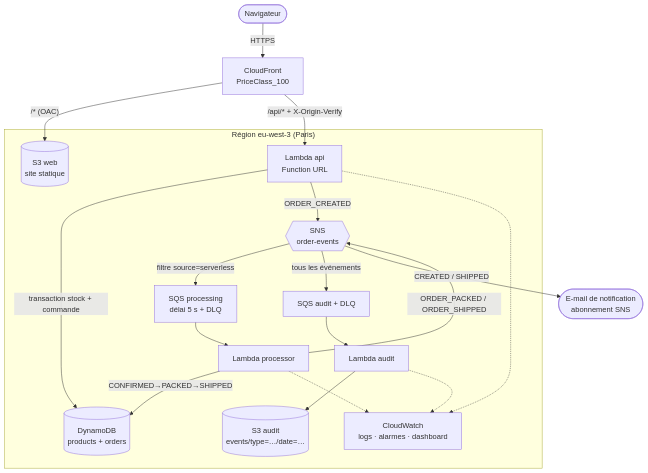
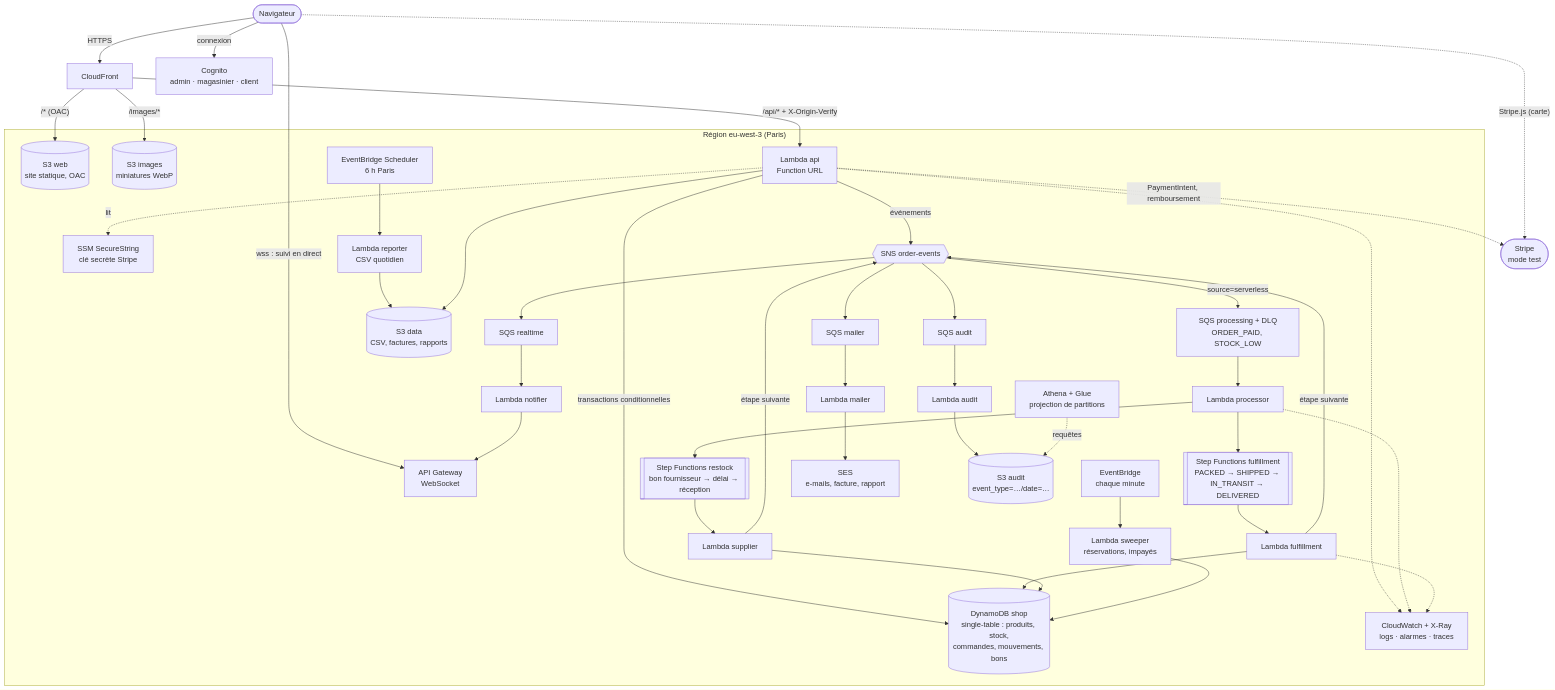
One commit to Baptiste1202/aws_project changed the diagram in docs/architecture/serverless.mmd. Above: the diagram before and after it, drawn with Mermaid. The commit also changed 151 other files, not shown here.

First line of the commit message:
Fonctionnalités complètes des trois solutions : stock, comptes, paiement Stripe, livraison, retours, pilotage, tests et rapport final

```diff
--- a/docs/architecture/serverless.mmd
+++ b/docs/architecture/serverless.mmd
@@ -1,25 +1,46 @@
 flowchart TB
-  user([Navigateur]) -- HTTPS --> cf[CloudFront<br/>PriceClass_100]
+  user([Navigateur]) -- HTTPS --> cf[CloudFront]
+  user -. "Stripe.js (carte)" .-> stripe([Stripe<br/>mode test])
+  user -- "wss : suivi en direct" --> ws[API Gateway<br/>WebSocket]
+  user -- "connexion" --> cognito[Cognito<br/>admin · magasinier · client]
   subgraph region["Région eu-west-3 (Paris)"]
-    s3web[(S3 web<br/>site statique)]
+    s3web[(S3 web<br/>site statique, OAC)]
+    s3img[(S3 images<br/>miniatures WebP)]
     api[Lambda api<br/>Function URL]
-    ddb[(DynamoDB<br/>products + orders)]
-    sns{{SNS<br/>order-events}}
-    q1[SQS processing<br/>délai 5 s + DLQ]
-    q2[SQS audit + DLQ]
+    ddb[(DynamoDB shop<br/>single-table : produits, stock,<br/>commandes, mouvements, bons)]
+    ssm[SSM SecureString<br/>clé secrète Stripe]
+    sns{{SNS order-events}}
+    qproc[SQS processing + DLQ<br/>ORDER_PAID, STOCK_LOW]
     proc[Lambda processor]
-    aud[Lambda audit]
-    s3audit[(S3 audit<br/>events/type=…/date=…)]
-    cw[CloudWatch<br/>logs · alarmes · dashboard]
+    sfn1[[Step Functions fulfillment<br/>PACKED → SHIPPED → IN_TRANSIT → DELIVERED]]
+    sfn2[[Step Functions restock<br/>bon fournisseur → délai → réception]]
+    ful[Lambda fulfillment]
+    sup[Lambda supplier]
+    sweep[Lambda sweeper<br/>réservations, impayés]
+    eb[EventBridge<br/>chaque minute]
+    sched[EventBridge Scheduler<br/>6 h Paris]
+    rep[Lambda reporter<br/>CSV quotidien]
+    s3data[(S3 data<br/>CSV, factures, rapports)]
+    qmail[SQS mailer] --> mailer[Lambda mailer] --> ses[SES<br/>e-mails, facture, rapport]
+    qrt[SQS realtime] --> notif[Lambda notifier] --> ws
+    qaud[SQS audit] --> aud[Lambda audit] --> s3audit[(S3 audit<br/>event_type=…/date=…)]
+    athena[Athena + Glue<br/>projection de partitions]
+    obs[CloudWatch + X-Ray<br/>logs · alarmes · traces]
   end
-  mail([E-mail de notification<br/>abonnement SNS])
   cf -- "/* (OAC)" --> s3web
+  cf -- "/images/*" --> s3img
   cf -- "/api/* + X-Origin-Verify" --> api
-  api -- "transaction stock + commande" --> ddb
-  api -- ORDER_CREATED --> sns
-  sns -- "filtre source=serverless" --> q1 --> proc
-  proc -- "CONFIRMED→PACKED→SHIPPED" --> ddb
-  proc -- "ORDER_PACKED / ORDER_SHIPPED" --> sns
-  sns -- "tous les événements" --> q2 --> aud --> s3audit
-  sns -- "CREATED / SHIPPED" --> mail
-  api & proc & aud -.-> cw
+  api -- "transactions conditionnelles" --> ddb
+  api -. "PaymentIntent, remboursement" .-> stripe
+  api -. lit .-> ssm
+  api -- événements --> sns
+  sns -- "source=serverless" --> qproc --> proc
+  proc --> sfn1 --> ful --> ddb
+  proc --> sfn2 --> sup --> ddb
+  ful & sup -- "étape suivante" --> sns
+  eb --> sweep --> ddb
+  sched --> rep --> s3data
+  api --> s3data
+  sns --> qmail & qrt & qaud
+  athena -. requêtes .-> s3audit
+  api & proc & ful -.-> obs
```
